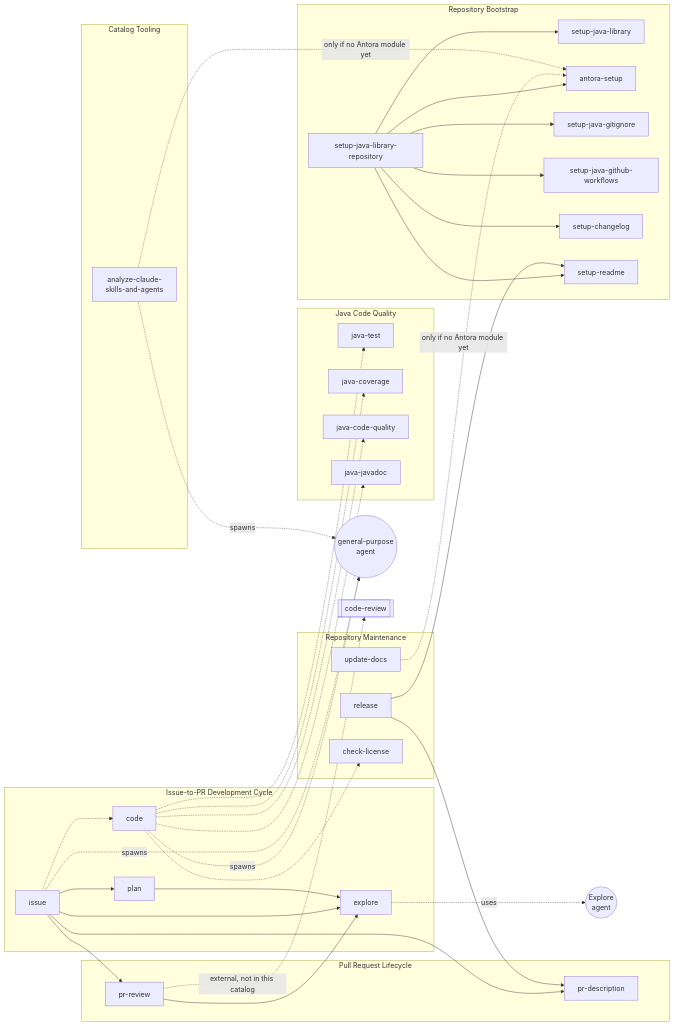
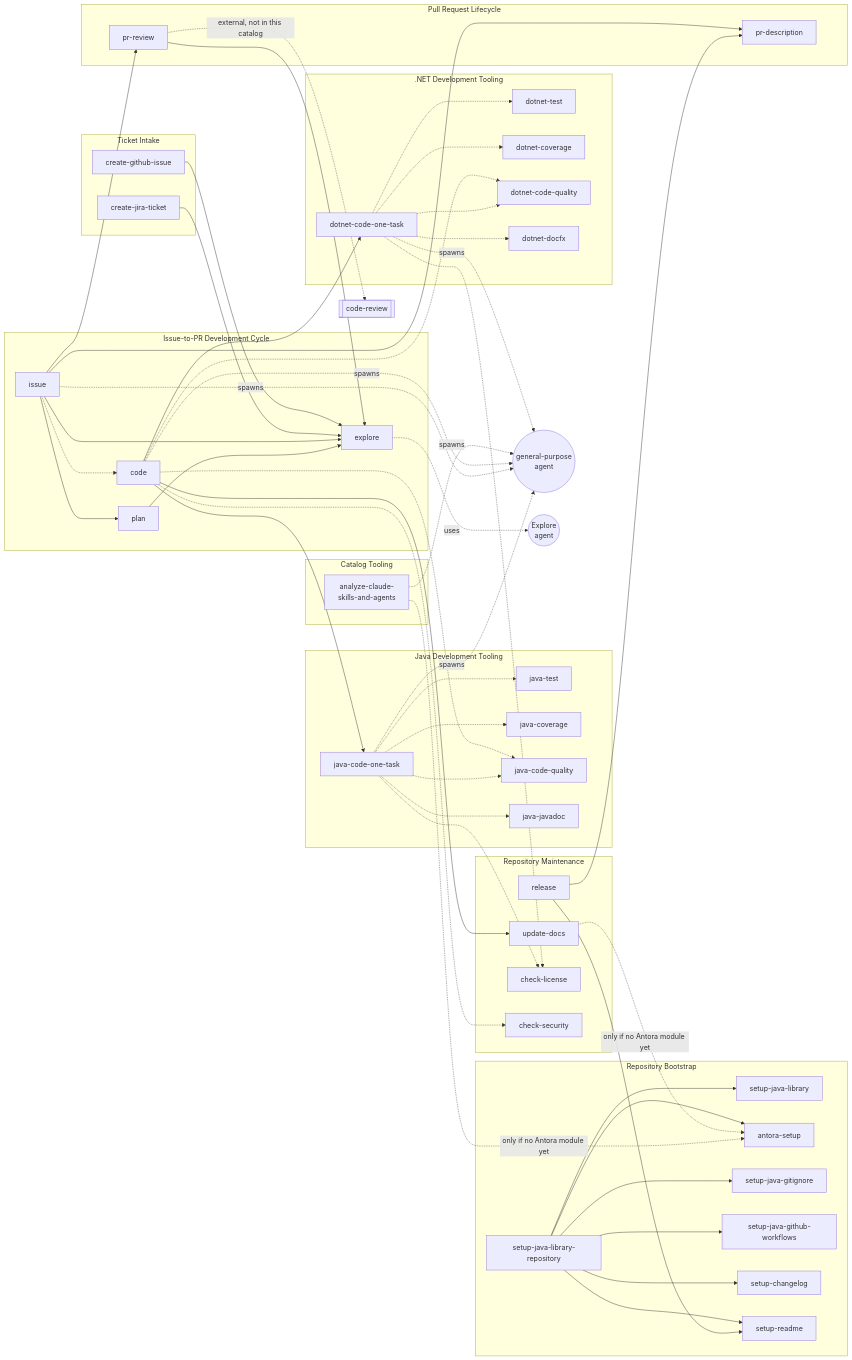
Before and after one commit to albertoirurueta/ai-catalog: the first of 7 diagrams in docs/modules/ROOT/pages/index.adoc, drawn with Mermaid. The commit also changed other lines of this file and 23 other files, not shown here.

```diff
--- a/docs/modules/ROOT/pages/index.adoc
+++ b/docs/modules/ROOT/pages/index.adoc
@@ -360,6 +460,11 @@
         SR["setup-readme"]
     end
 
+    subgraph Intake["Ticket Intake"]
+        CGI["create-github-issue"]
+        CJT["create-jira-ticket"]
+    end
+
     subgraph Cycle["Issue-to-PR Development Cycle"]
         ISSUE["issue"]
         EXPLORE["explore"]
@@ -367,22 +472,32 @@
         CODE["code"]
     end
 
-    subgraph PRLife["Pull Request Lifecycle"]
-        PRD["pr-description"]
-        PRR["pr-review"]
-    end
-
-    subgraph Quality["Java Code Quality"]
+    subgraph Java["Java Development Tooling"]
+        JCOT["java-code-one-task"]
         JT["java-test"]
         JC["java-coverage"]
         JCQ["java-code-quality"]
         JJ["java-javadoc"]
     end
 
+    subgraph Dotnet[".NET Development Tooling"]
+        DCOT["dotnet-code-one-task"]
+        DT["dotnet-test"]
+        DC["dotnet-coverage"]
+        DCQ["dotnet-code-quality"]
+        DDF["dotnet-docfx"]
+    end
+
+    subgraph PRLife["Pull Request Lifecycle"]
+        PRD["pr-description"]
+        PRR["pr-review"]
+    end
+
     subgraph Maintenance["Repository Maintenance"]
         REL["release"]
         UD["update-docs"]
         CL["check-license"]
+        CSEC["check-security"]
     end
 
     subgraph Tooling["Catalog Tooling"]
@@ -396,6 +511,9 @@
     SJLR --> SC
     SJLR --> SR
 
+    CGI --> EXPLORE
+    CJT --> EXPLORE
+
     ISSUE --> EXPLORE
     ISSUE --> PLAN
     ISSUE -.-> CODE
@@ -404,11 +522,24 @@
     PLAN --> EXPLORE
     PRR --> EXPLORE
 
+    CODE --> JCOT
+    CODE --> DCOT
     CODE -.-> JCQ
-    CODE -.-> CL
-    CODE -.-> JJ
-    CODE -.-> JT
-    CODE -.-> JC
+    CODE -.-> DCQ
+    CODE -.-> CSEC
+    CODE --> UD
+
+    JCOT -.-> JCQ
+    JCOT -.-> CL
+    JCOT -.-> JJ
+    JCOT -.-> JT
+    JCOT -.-> JC
+
+    DCOT -.-> DCQ
+    DCOT -.-> CL
+    DCOT -.-> DDF
+    DCOT -.-> DT
+    DCOT -.-> DC
 
     REL --> SR
     REL --> PRD
@@ -422,4 +553,6 @@
     EXPLORE -.uses.-> AGT_EXPLORE(("Explore\nagent"))
     CODE -.spawns.-> AGT_GP(("general-purpose\nagent"))
     ISSUE -.spawns.-> AGT_GP
+    JCOT -.spawns.-> AGT_GP
+    DCOT -.spawns.-> AGT_GP
 ....
```
